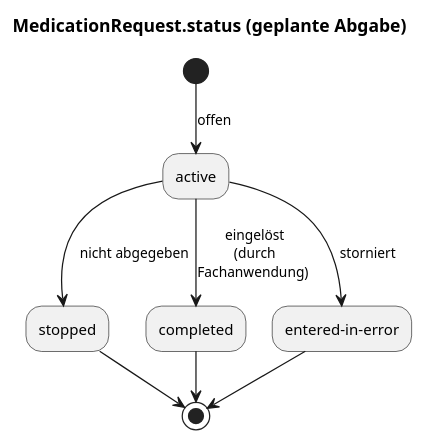
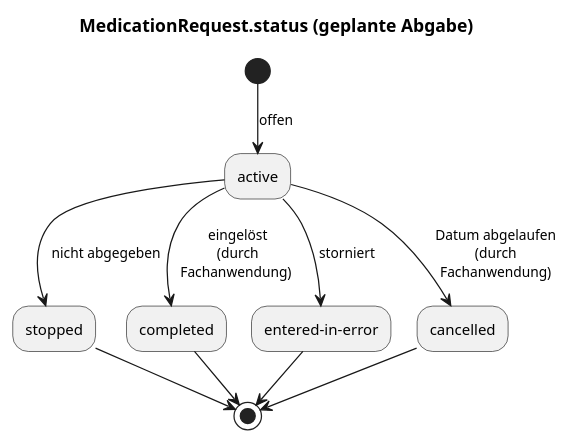
One commit to HL7Austria/ELGA-e-Medikation-R4 changed the diagram in plantuml/stateDiagram_mr_status_geplanteAbgabe.plantuml. Above: the diagram before and after it, drawn with PlantUML. The commit also changed 5 other files, not shown here.

Commit message:
Update diagram

```diff
--- a/plantuml/stateDiagram_mr_status_geplanteAbgabe.plantuml
+++ b/plantuml/stateDiagram_mr_status_geplanteAbgabe.plantuml
@@ -1,11 +1,13 @@
 @startuml
 title MedicationRequest.status (geplante Abgabe)
 
 (*) --> [offen] active
 active --> [nicht abgegeben] stopped
 active --> [eingelöst\n(durch\nFachanwendung) ] completed  
 active --> [storniert] "entered-in-error"
+active --> [Datum abgelaufen\n(durch\nFachanwendung)] cancelled
 stopped --> (*)
 "entered-in-error" --> (*)
 completed --> (*)
+cancelled --> (*)
 @enduml
```
